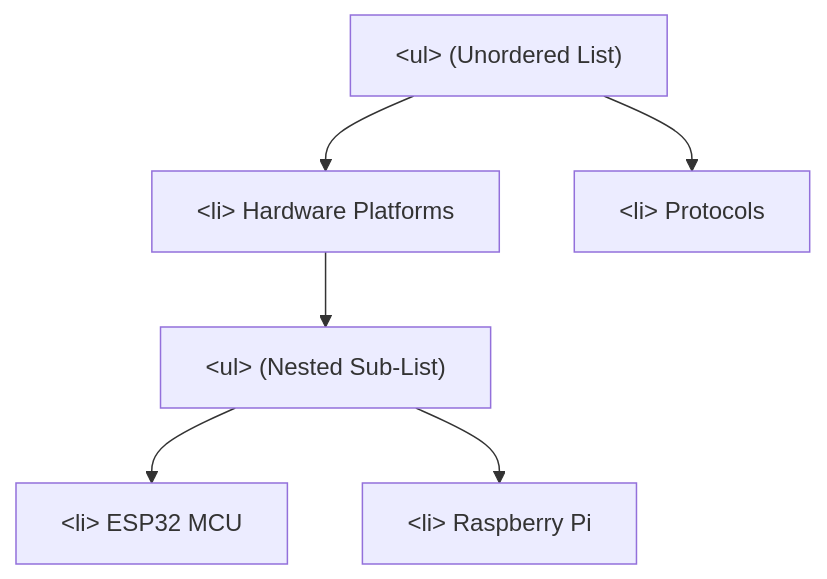
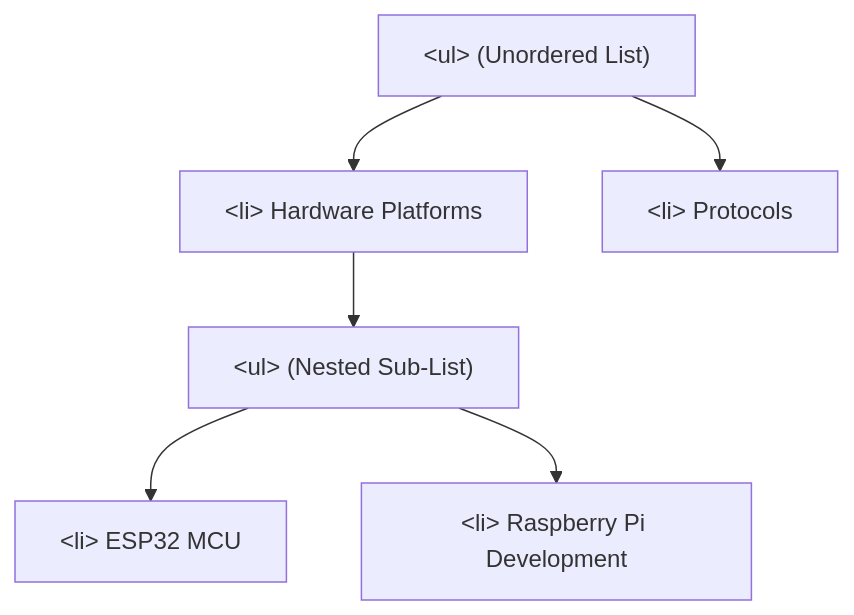
Before and after one commit to rajasekarrk96/study_material: the diagram in content_pipeline/exports/learning_paths/frontend-development/CURRICULUM/html5/_00_00_list_elements_and_structure.md, drawn with Mermaid. The commit also changed 73 other files, not shown here.

Commit message:
feat(content-pipeline): regenerate curriculum for Raspberry Pi Development course

````diff
--- a/content_pipeline/exports/learning_paths/frontend-development/CURRICULUM/html5/_00_00_list_elements_and_structure.md
+++ b/content_pipeline/exports/learning_paths/frontend-development/CURRICULUM/html5/_00_00_list_elements_and_structure.md
@@ -88,9 +88,9 @@
 ```mermaid
 graph TD
     UL["&lt;ul&gt; (Unordered List)"] --> LI1["&lt;li&gt; Hardware Platforms"]
     UL --> LI2["&lt;li&gt; Protocols"]
 
     LI1 --> SUB_UL["&lt;ul&gt; (Nested Sub-List)"]
     SUB_UL --> SUB_LI1["&lt;li&gt; ESP32 MCU"]
-    SUB_UL --> SUB_LI2["&lt;li&gt; Raspberry Pi"]
+    SUB_UL --> SUB_LI2["&lt;li&gt; Raspberry Pi Development"]
 ```
````
